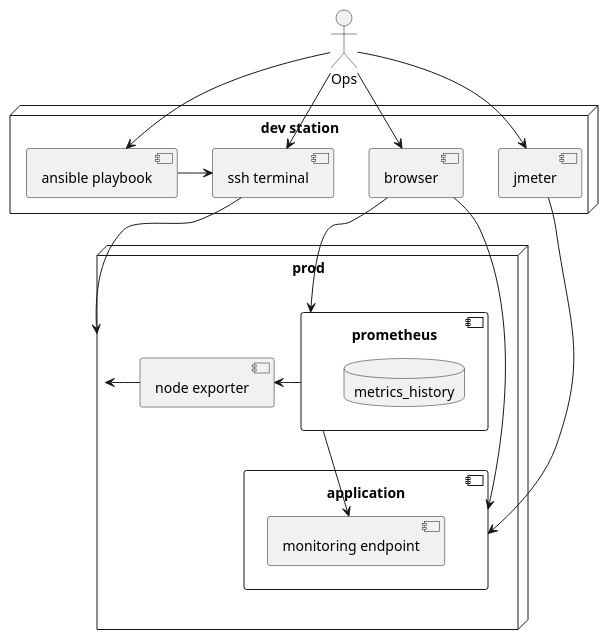
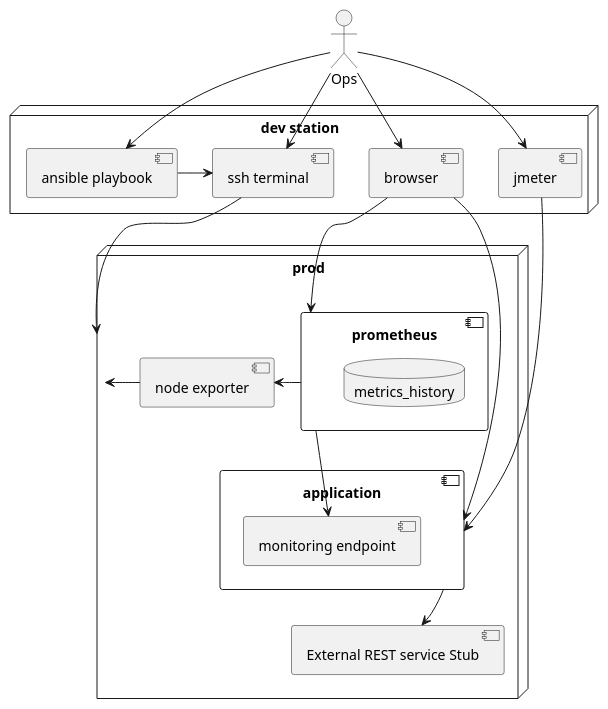
Before and after one commit to zdvpr/java-application-monitoring-and-troubleshooting: the second of 2 diagrams in README.md, drawn with PlantUML. The commit also changed other lines of this file, not shown here.

Commit message:
Update architecture model. Add REST stub.

````diff
--- a/README.md
+++ b/README.md
@@ -320,40 +320,42 @@
 ```puml
 @startuml
 node "dev station" as devstation {
  [ssh terminal] as terminal
  [ansible playbook] as ansible
  [browser]
  [jmeter]
 
  ansible -> terminal
 }
 
 actor Ops as ops
 ops --> ansible
 ops --> terminal
 ops --> browser
 ops --> jmeter
 
 node prod {
  [node exporter] as node_exporter
 
  component [application] {
   [monitoring endpoint] as monitor
  }
 
  component [prometheus] {
   database metrics_history
  }
 
  prometheus --> monitor
  prometheus -> node_exporter
 
  jmeter -> application
  node_exporter -> prod
+ 
+ application --> [External REST service Stub]
 }
 
 terminal --> prod
 browser --> prometheus
 browser --> application
 @enduml
 ```
````
